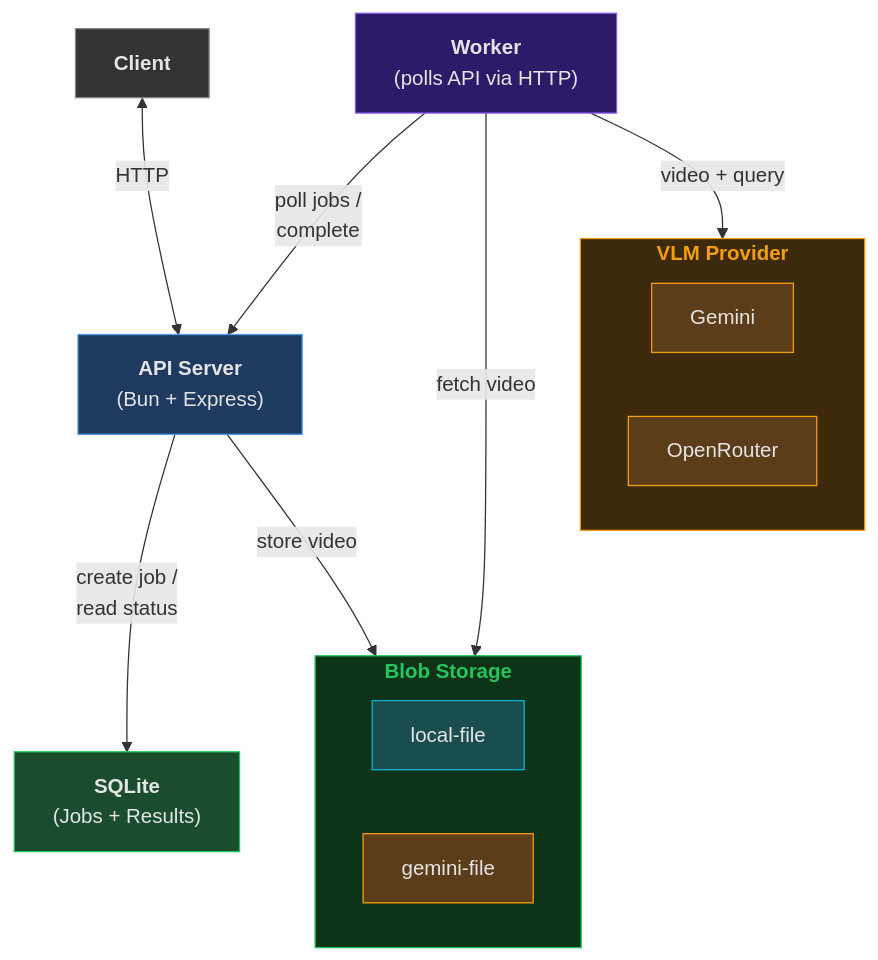
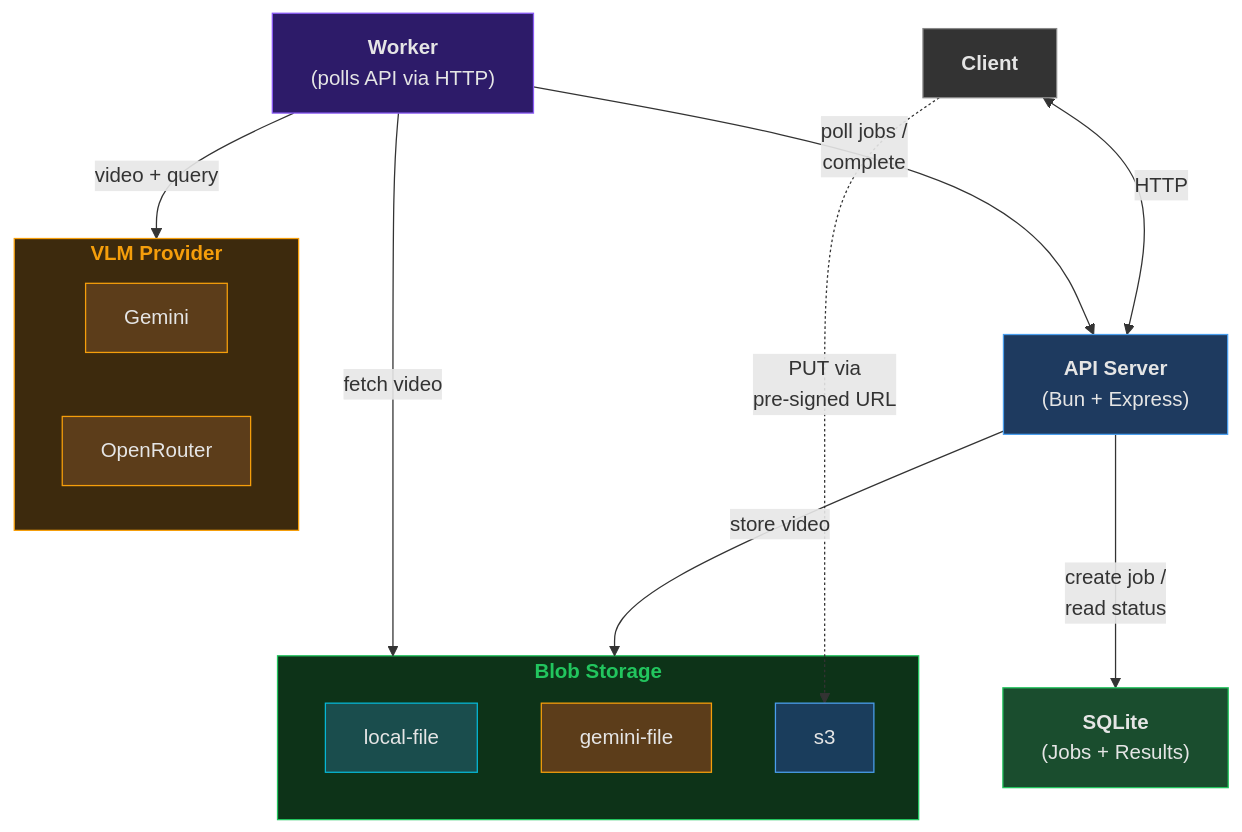
The diagram in README.md (jlui17/VLMPrototype), drawn with Mermaid before and after one commit. The commit also changed other lines of this file and 9 other files, not shown here.

First line of the commit message:
Add S3 blob storage connector with pre-signed URL upload

````diff
--- a/README.md
+++ b/README.md
@@ -7,37 +7,40 @@
 ```mermaid
 graph TB
     Client["<b>Client</b>"]
     API["<b>API Server</b><br/>(Bun + Express)"]
 
     subgraph storage["<b>Blob Storage</b>"]
         LF["local-file"]
         GF["gemini-file"]
+        S3["s3"]
     end
 
     DB["<b>SQLite</b><br/>(Jobs + Results)"]
 
     subgraph vlm["<b>VLM Provider</b>"]
         Gemini["Gemini"]
         OR["OpenRouter"]
     end
 
     Worker["<b>Worker</b><br/>(polls API via HTTP)"]
 
     Client <-->|"HTTP"| API
+    Client -.->|"PUT via<br/>pre-signed URL"| S3
     API -->|"store video"| storage
     API -->|"create job /<br/>read status"| DB
     Worker -->|"poll jobs /<br/>complete"| API
     Worker -->|"fetch video"| storage
     Worker -->|"video + query"| vlm
 
     style Client fill:#333,stroke:#888,color:#e5e5e5
     style API fill:#1e3a5f,stroke:#4a9eed,color:#e5e5e5
     style DB fill:#1a4d2e,stroke:#22c55e,color:#e5e5e5
     style storage fill:#0d3318,stroke:#22c55e,color:#22c55e
     style LF fill:#1a4d4d,stroke:#06b6d4,color:#e5e5e5
     style GF fill:#5c3d1a,stroke:#f59e0b,color:#e5e5e5
+    style S3 fill:#1a3d5c,stroke:#4a9eed,color:#e5e5e5
     style vlm fill:#3d2a0d,stroke:#f59e0b,color:#f59e0b
     style Gemini fill:#5c3d1a,stroke:#f59e0b,color:#e5e5e5
     style OR fill:#5c3d1a,stroke:#f59e0b,color:#e5e5e5
     style Worker fill:#2d1b69,stroke:#8b5cf6,color:#e5e5e5
 ```
````
